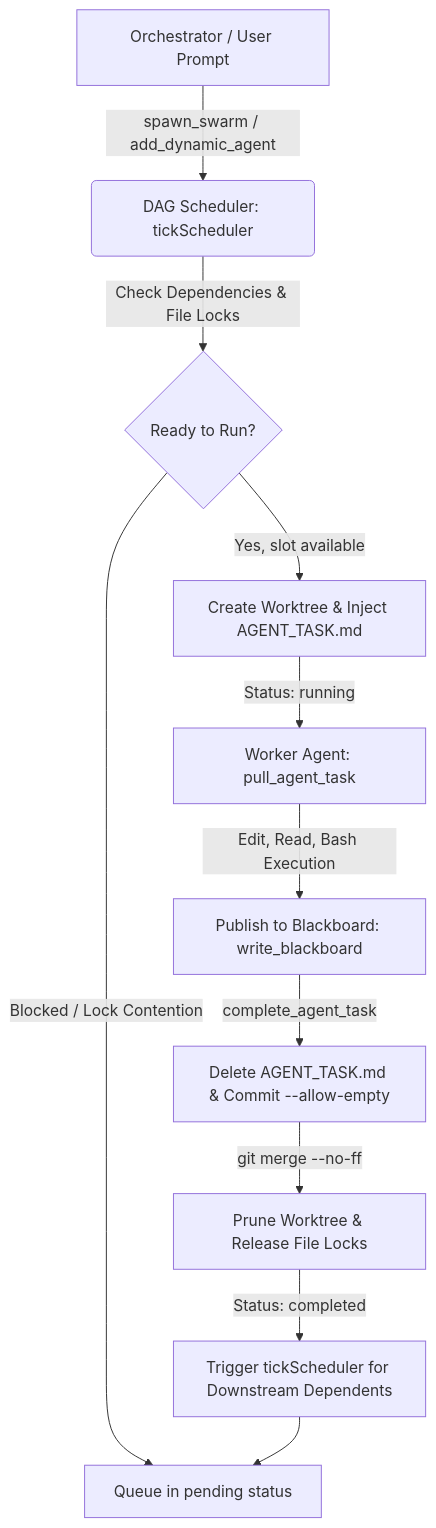
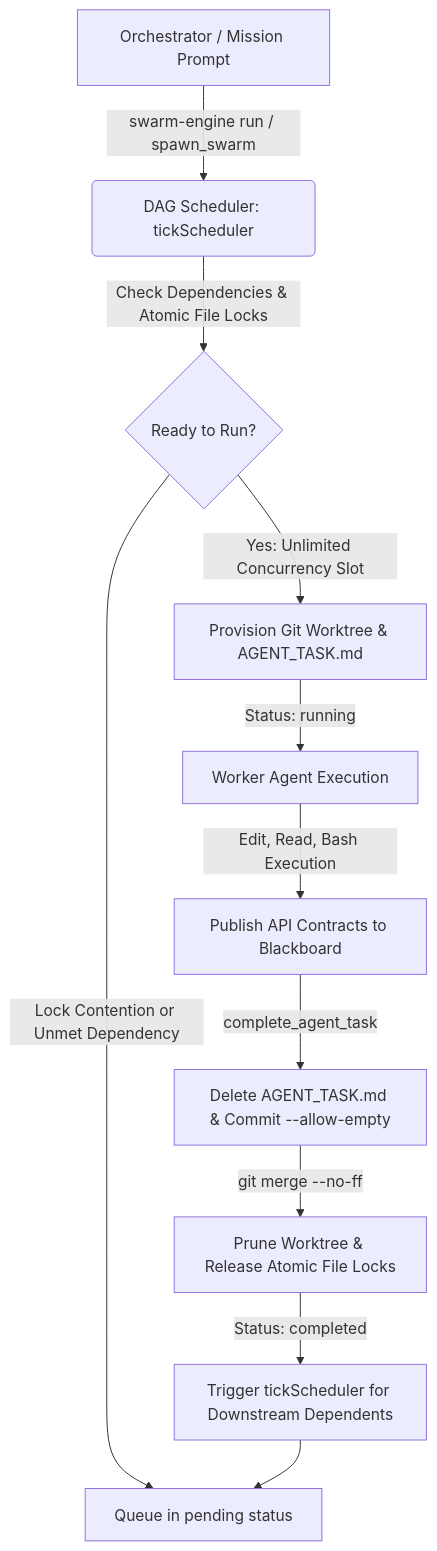
One commit to PRIYAGDEV/swarm-engine changed the diagram in README.md. Above: the diagram before and after it, drawn with Mermaid. The commit also changed other lines of this file, not shown here.

Commit message:
docs: revamp README with infinite concurrency, auto model discovery, universal skill architecture, and 59-test suite

````diff
--- a/README.md
+++ b/README.md
@@ -233,13 +266,13 @@
 ```mermaid
 graph TD
-    A[Orchestrator / User Prompt] -->|spawn_swarm / add_dynamic_agent| B(DAG Scheduler: tickScheduler)
-    B -->|Check Dependencies & File Locks| C{Ready to Run?}
-    C -->|Yes, slot available| D[Create Worktree & Inject AGENT_TASK.md]
-    C -->|Blocked / Lock Contention| E[Queue in pending status]
-    D -->|Status: running| F[Worker Agent: pull_agent_task]
-    F -->|Edit, Read, Bash Execution| G[Publish to Blackboard: write_blackboard]
+    A[Orchestrator / Mission Prompt] -->|swarm-engine run / spawn_swarm| B(DAG Scheduler: tickScheduler)
+    B -->|Check Dependencies & Atomic File Locks| C{Ready to Run?}
+    C -->|Yes: Unlimited Concurrency Slot| D[Provision Git Worktree & AGENT_TASK.md]
+    C -->|Lock Contention or Unmet Dependency| E[Queue in pending status]
+    D -->|Status: running| F[Worker Agent Execution]
+    F -->|Edit, Read, Bash Execution| G[Publish API Contracts to Blackboard]
     G -->|complete_agent_task| H[Delete AGENT_TASK.md & Commit --allow-empty]
-    H -->|git merge --no-ff| I[Prune Worktree & Release File Locks]
+    H -->|git merge --no-ff| I[Prune Worktree & Release Atomic File Locks]
     I -->|Status: completed| J[Trigger tickScheduler for Downstream Dependents]
     J --> E
 ```
````
